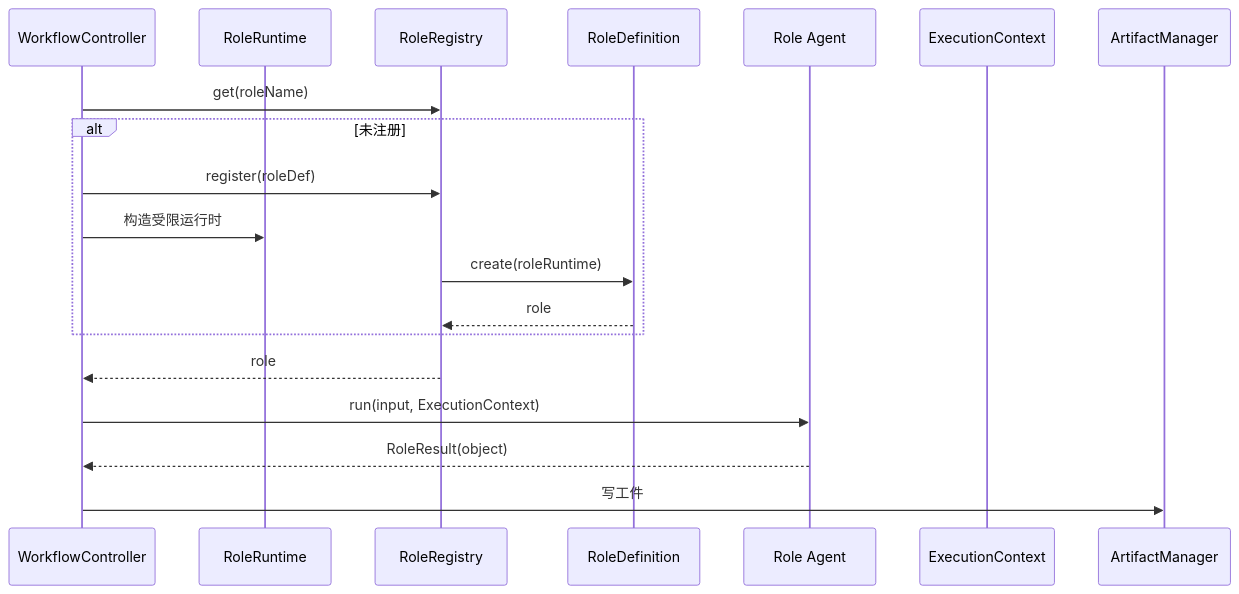
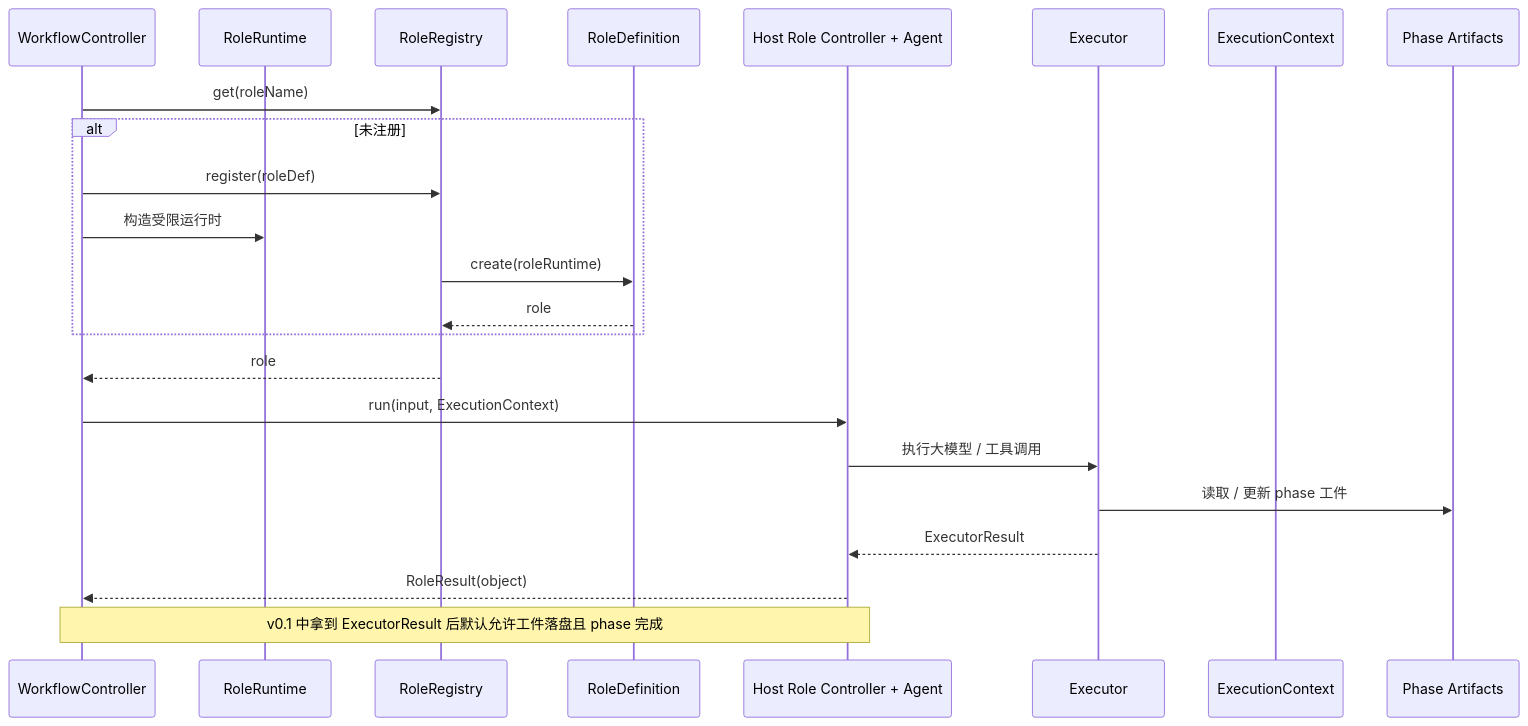
Before and after one commit to AryzingKhaos/AegisFlow: the third of 4 diagrams in roleflow/clarifications/0.1.0/default-workflow-role-layer-prd.md, drawn with Mermaid. The commit also changed other lines of this file and 7 other files, not shown here.

````diff
--- a/roleflow/clarifications/0.1.0/default-workflow-role-layer-prd.md
+++ b/roleflow/clarifications/0.1.0/default-workflow-role-layer-prd.md
@@ -195,22 +222,26 @@
 ```mermaid
 sequenceDiagram
     participant WF as WorkflowController
     participant RRT as RoleRuntime
     participant RR as RoleRegistry
     participant RD as RoleDefinition
-    participant R as Role Agent
+    participant R as Host Role Controller + Agent
+    participant EX as Executor
     participant EC as ExecutionContext
-    participant AM as ArtifactManager
+    participant ART as Phase Artifacts
 
     WF->>RR: get(roleName)
     alt 未注册
         WF->>RR: register(roleDef)
         WF->>RRT: 构造受限运行时
         RR->>RD: create(roleRuntime)
         RD-->>RR: role
     end
     RR-->>WF: role
     WF->>R: run(input, ExecutionContext)
+    R->>EX: 执行大模型 / 工具调用
+    EX->>ART: 读取 / 更新 phase 工件
+    EX-->>R: ExecutorResult
     R-->>WF: RoleResult(object)
-    WF->>AM: 写工件
+    Note over R,WF: v0.1 中拿到 ExecutorResult 后默认允许工件落盘且 phase 完成
 ```
````
